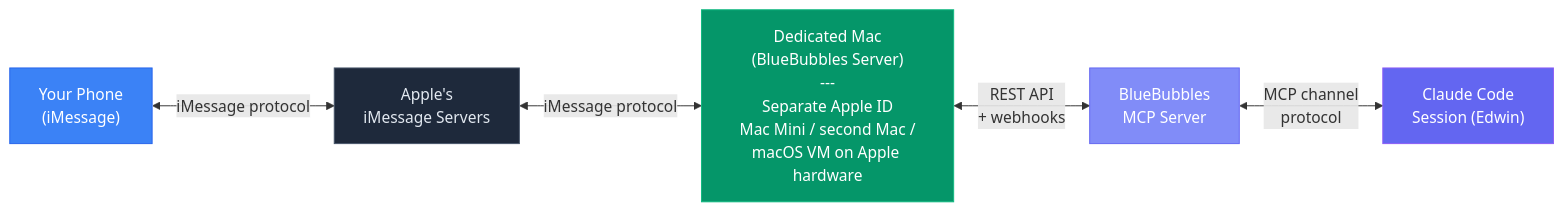
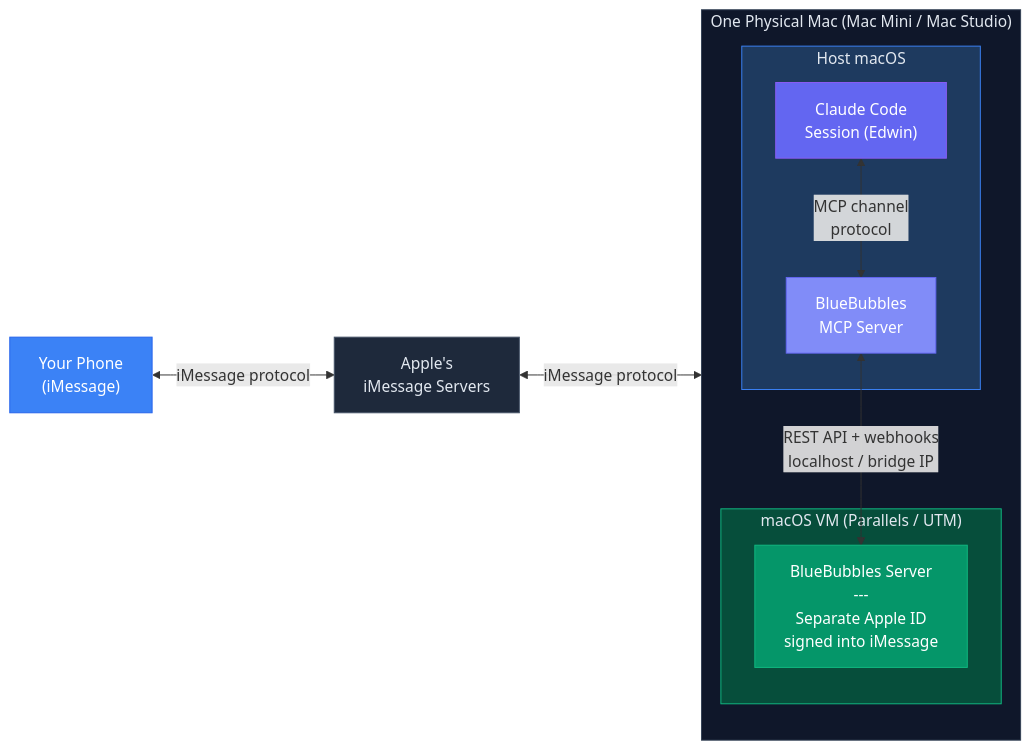
Before and after one commit to bwelker/Edwin: the diagram in docs/imessage-setup.md, drawn with Mermaid. The commit also changed other lines of this file, not shown here.

Commit message:
docs: rewrite iMessage setup -- VM-first approach as recommended path

````diff
--- a/docs/imessage-setup.md
+++ b/docs/imessage-setup.md
@@ -11,13 +13,28 @@
 ```mermaid
 graph LR
     Phone["Your Phone<br/>(iMessage)"] <-->|iMessage protocol| Apple["Apple's<br/>iMessage Servers"]
-    Apple <-->|iMessage protocol| Mac["Dedicated Mac<br/>(BlueBubbles Server)<br/>---<br/>Separate Apple ID<br/>Mac Mini / second Mac /<br/>macOS VM on Apple hardware"]
-    Mac <-->|REST API<br/>+ webhooks| MCP["BlueBubbles<br/>MCP Server"]
-    MCP <-->|MCP channel<br/>protocol| Claude["Claude Code<br/>Session (Edwin)"]
+
+    subgraph PhysicalMac["One Physical Mac (Mac Mini / Mac Studio)"]
+        direction TB
+        subgraph Host["Host macOS"]
+            Edwin["Claude Code<br/>Session (Edwin)"]
+            MCP["BlueBubbles<br/>MCP Server"]
+        end
+        subgraph VM["macOS VM (Parallels / UTM)"]
+            BB["BlueBubbles Server<br/>---<br/>Separate Apple ID<br/>signed into iMessage"]
+        end
+        MCP <-->|REST API + webhooks<br/>localhost / bridge IP| BB
+        Edwin <-->|MCP channel<br/>protocol| MCP
+    end
+
+    Apple <-->|iMessage protocol| BB
 
     style Phone fill:#3b82f6,stroke:#2563eb,color:#fff
     style Apple fill:#1e293b,stroke:#475569,color:#e2e8f0
-    style Mac fill:#059669,stroke:#10b981,color:#fff
+    style PhysicalMac fill:#0f172a,stroke:#334155,color:#e2e8f0
+    style Host fill:#1e3a5f,stroke:#3b82f6,color:#e2e8f0
+    style VM fill:#064e3b,stroke:#10b981,color:#e2e8f0
+    style BB fill:#059669,stroke:#10b981,color:#fff
     style MCP fill:#818cf8,stroke:#6366f1,color:#fff
-    style Claude fill:#6366f1,stroke:#8b5cf6,color:#fff
+    style Edwin fill:#6366f1,stroke:#8b5cf6,color:#fff
 ```
````
